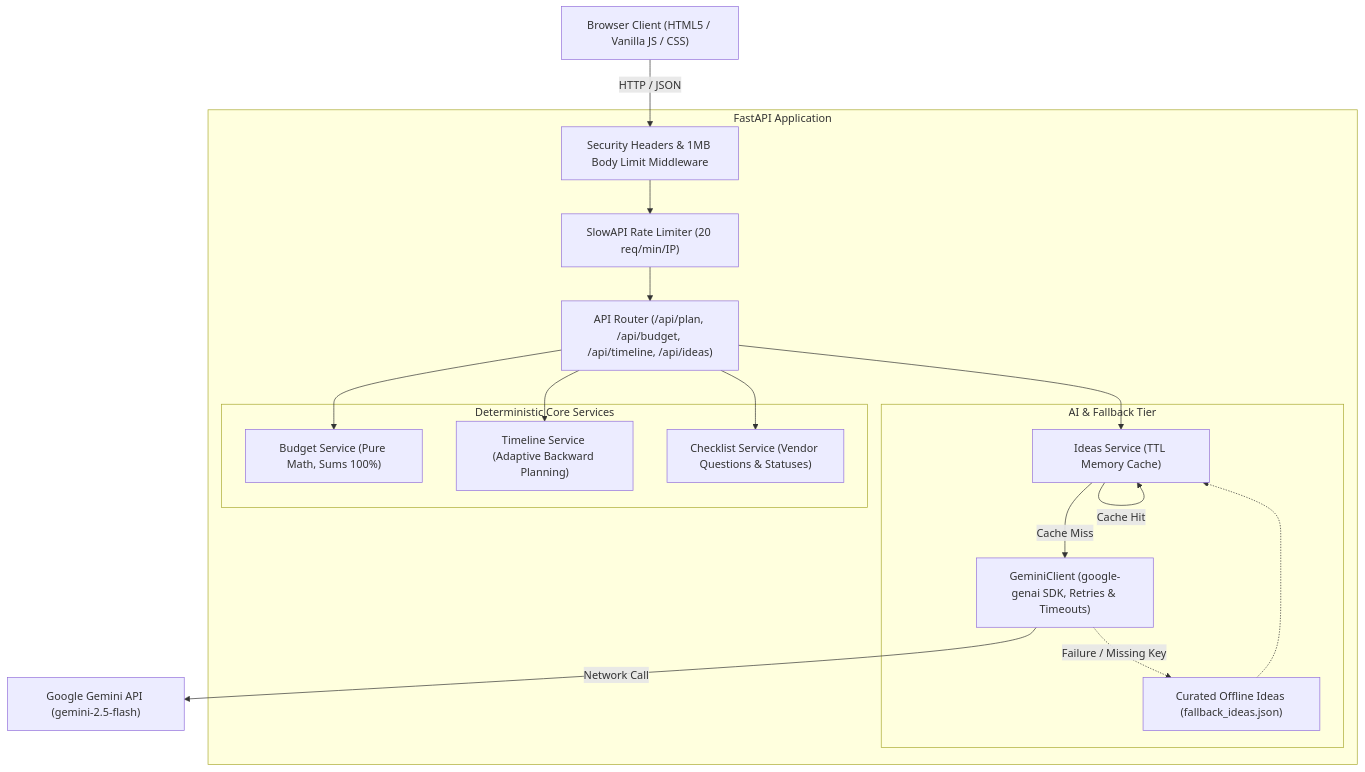
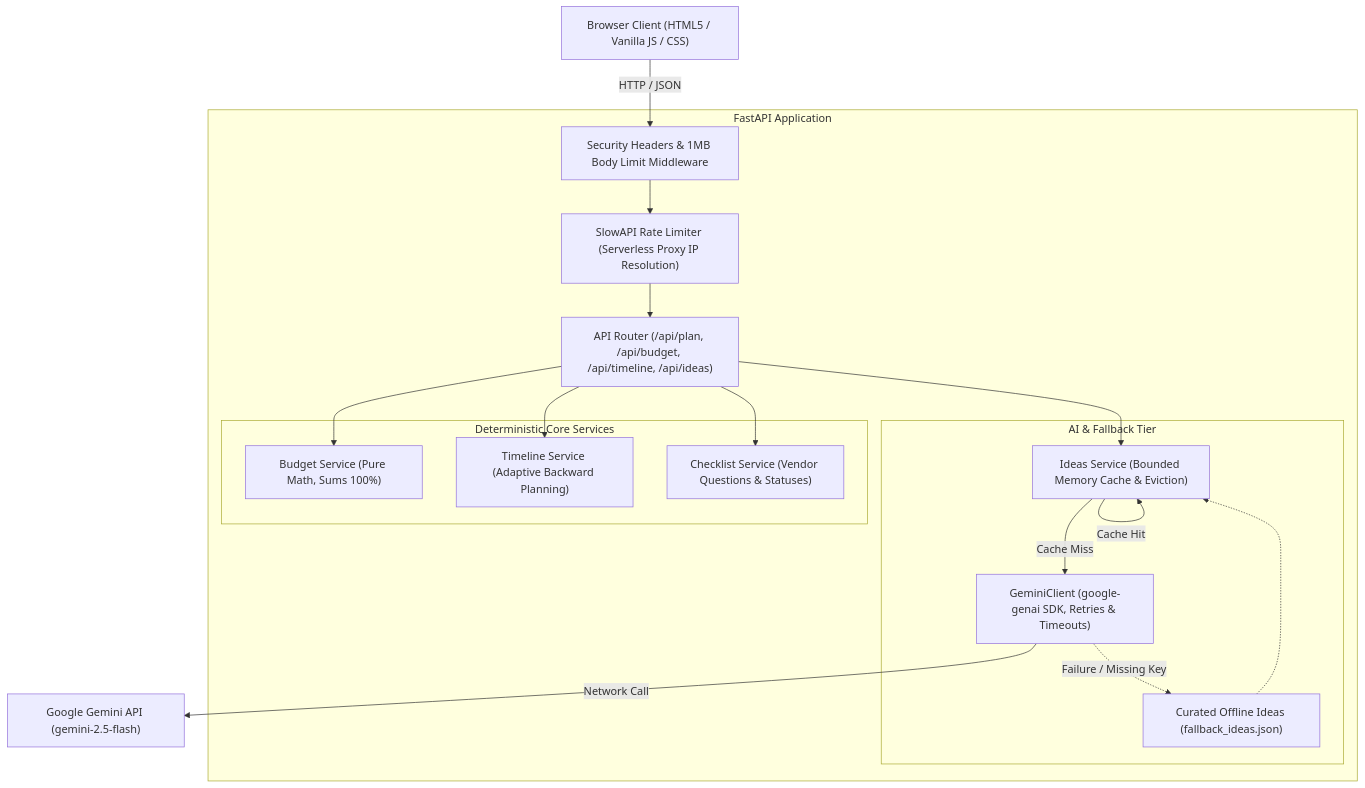
The diagram in README.md (Suhani-Tyagi/EventEase), drawn with Mermaid before and after one commit. The commit also changed other lines of this file and 13 other files, not shown here.

````diff
--- a/README.md
+++ b/README.md
@@ -78,38 +95,38 @@
 ```mermaid
 graph TD
     Client["Browser Client (HTML5 / Vanilla JS / CSS)"]
 
     subgraph "FastAPI Application"
         Router["API Router (/api/plan, /api/budget, /api/timeline, /api/ideas)"]
         SecMid["Security Headers & 1MB Body Limit Middleware"]
-        RateMid["SlowAPI Rate Limiter (20 req/min/IP)"]
+        RateMid["SlowAPI Rate Limiter (Serverless Proxy IP Resolution)"]
         
         subgraph "Deterministic Core Services"
             BudgetSvc["Budget Service (Pure Math, Sums 100%)"]
             TimelineSvc["Timeline Service (Adaptive Backward Planning)"]
             ChecklistSvc["Checklist Service (Vendor Questions & Statuses)"]
         end
         
         subgraph "AI & Fallback Tier"
-            IdeasSvc["Ideas Service (TTL Memory Cache)"]
+            IdeasSvc["Ideas Service (Bounded Memory Cache & Eviction)"]
             LLMClient["GeminiClient (google-genai SDK, Retries & Timeouts)"]
             FallbackData["Curated Offline Ideas (fallback_ideas.json)"]
         end
     end
     
     CloudAPI["Google Gemini API (gemini-2.5-flash)"]
 
     Client -->|HTTP / JSON| SecMid
     SecMid --> RateMid
     RateMid --> Router
     Router --> BudgetSvc
     Router --> TimelineSvc
     Router --> ChecklistSvc
     Router --> IdeasSvc
     
     IdeasSvc -->|Cache Hit| IdeasSvc
     IdeasSvc -->|Cache Miss| LLMClient
     LLMClient -->|Network Call| CloudAPI
     LLMClient -.->|Failure / Missing Key| FallbackData
     FallbackData -.-> IdeasSvc
 ```
````
